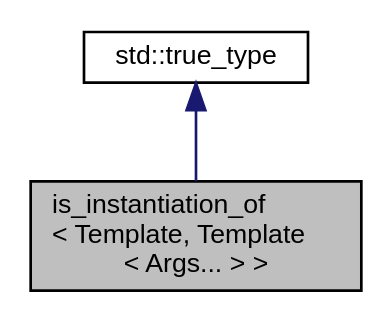
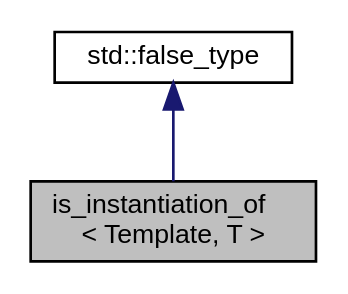
One commit to rath3t/dune-iga-doc changed the diagram in de/de4/a01135.dot. Above: the diagram before and after it, drawn with Graphviz. The commit also changed 818 other files, not shown here.

```diff
--- a/de/de4/a01135.dot
+++ b/de/de4/a01135.dot
@@ -1,9 +1,9 @@
-digraph "is_instantiation_of&lt; Template, Template&lt; Args... &gt; &gt;"
+digraph "is_instantiation_of&lt; Template, T &gt;"
 {
  // LATEX_PDF_SIZE
   edge [fontname="Helvetica",fontsize="10",labelfontname="Helvetica",labelfontsize="10"];
   node [fontname="Helvetica",fontsize="10",shape=record];
-  Node1 [label="is_instantiation_of\l\< Template, Template\l\< Args... \> \>",height=0.2,width=0.4,color="black", fillcolor="grey75", style="filled", fontcolor="black",tooltip=" "];
+  Node1 [label="is_instantiation_of\l\< Template, T \>",height=0.2,width=0.4,color="black", fillcolor="grey75", style="filled", fontcolor="black",tooltip=" "];
   Node2 -> Node1 [dir="back",color="midnightblue",fontsize="10",style="solid",fontname="Helvetica"];
-  Node2 [label="std::true_type",height=0.2,width=0.4,color="black", fillcolor="white", style="filled",tooltip=" "];
+  Node2 [label="std::false_type",height=0.2,width=0.4,color="black", fillcolor="white", style="filled",tooltip=" "];
 }
```
